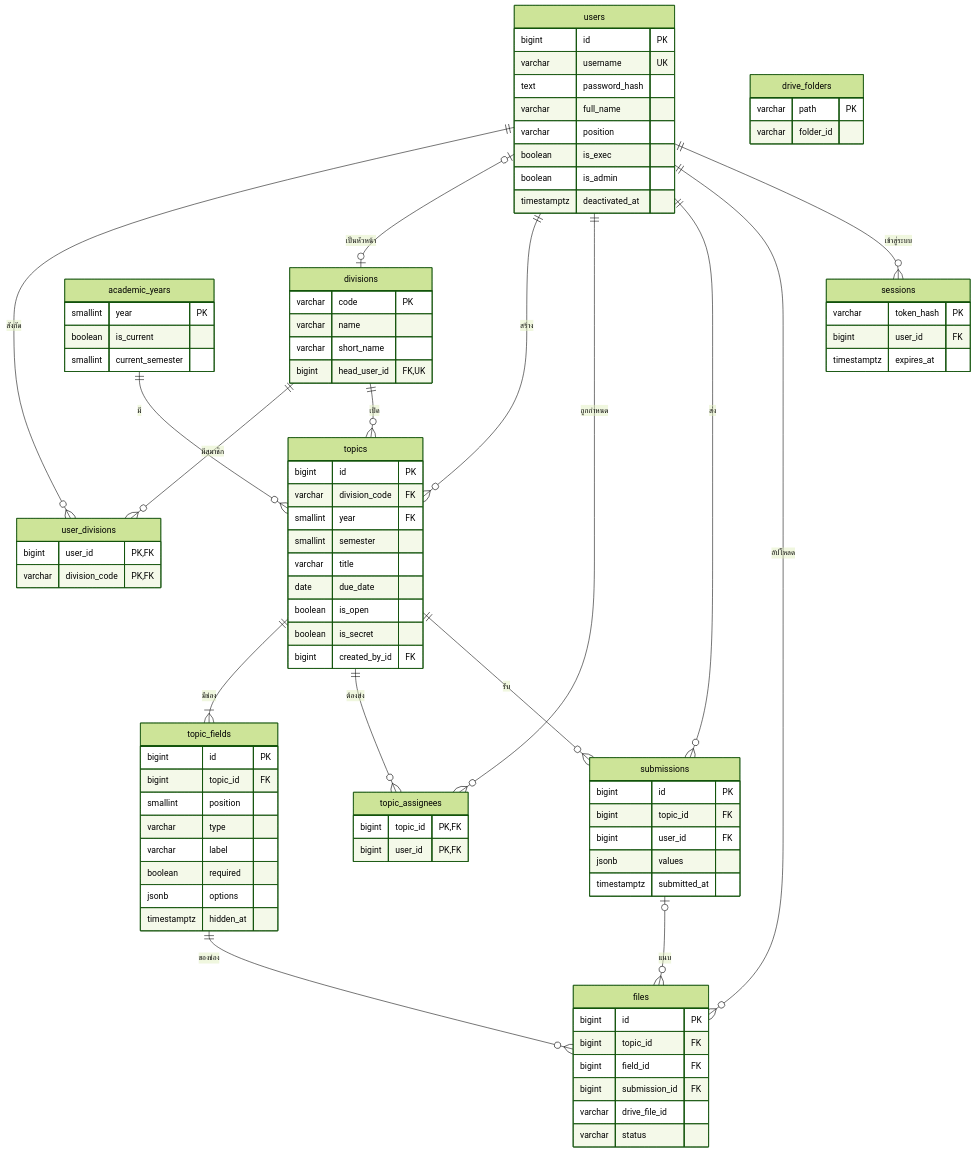
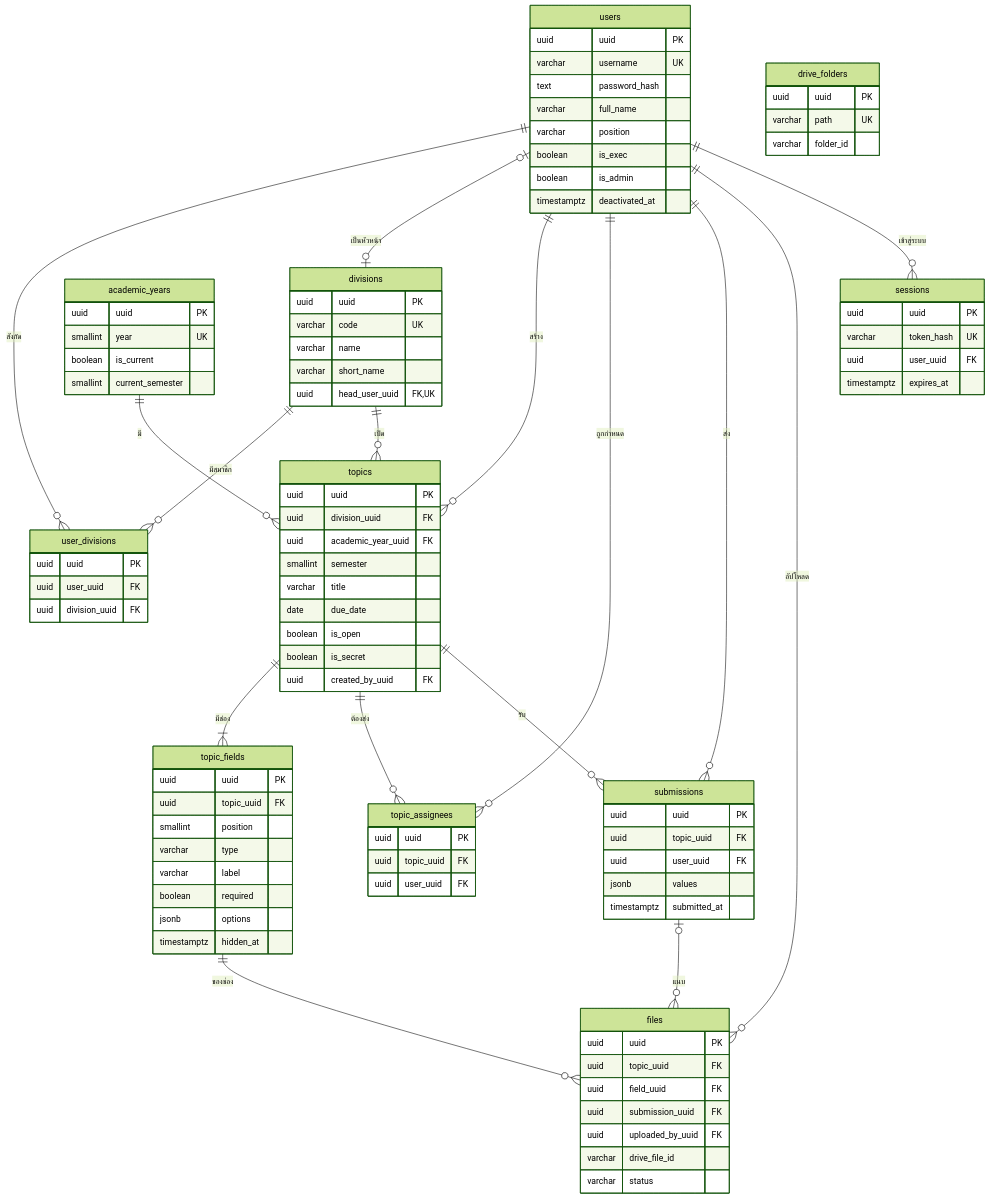
The diagram in sdms-database.md (FhLk/SDMS-Backend), drawn with Mermaid (forest theme) before and after one commit. The commit also changed other lines of this file and 11 other files, not shown here.

````diff
--- a/sdms-database.md
+++ b/sdms-database.md
@@ -44,7 +45,7 @@
   users ||--o{ files : "อัปโหลด"
   users ||--o{ sessions : "เข้าสู่ระบบ"
   users {
-    bigint id PK
+    uuid uuid PK
     varchar username UK
     text password_hash
     varchar full_name
@@ -54,39 +55,43 @@
     timestamptz deactivated_at
   }
   sessions {
-    varchar token_hash PK
-    bigint user_id FK
+    uuid uuid PK
+    varchar token_hash UK
+    uuid user_uuid FK
     timestamptz expires_at
   }
   divisions {
-    varchar code PK
+    uuid uuid PK
+    varchar code UK
     varchar name
     varchar short_name
-    bigint head_user_id FK,UK
+    uuid head_user_uuid FK,UK
   }
   user_divisions {
-    bigint user_id PK,FK
-    varchar division_code PK,FK
+    uuid uuid PK
+    uuid user_uuid FK
+    uuid division_uuid FK
   }
   academic_years {
-    smallint year PK
+    uuid uuid PK
+    smallint year UK
     boolean is_current
     smallint current_semester
   }
   topics {
-    bigint id PK
-    varchar division_code FK
-    smallint year FK
+    uuid uuid PK
+    uuid division_uuid FK
+    uuid academic_year_uuid FK
     smallint semester
     varchar title
     date due_date
     boolean is_open
     boolean is_secret
-    bigint created_by_id FK
+    uuid created_by_uuid FK
   }
   topic_fields {
-    bigint id PK
-    bigint topic_id FK
+    uuid uuid PK
+    uuid topic_uuid FK
     smallint position
     varchar type
     varchar label
@@ -95,26 +100,29 @@
     timestamptz hidden_at
   }
   topic_assignees {
-    bigint topic_id PK,FK
-    bigint user_id PK,FK
+    uuid uuid PK
+    uuid topic_uuid FK
+    uuid user_uuid FK
   }
   submissions {
-    bigint id PK
-    bigint topic_id FK
-    bigint user_id FK
+    uuid uuid PK
+    uuid topic_uuid FK
+    uuid user_uuid FK
     jsonb values
     timestamptz submitted_at
   }
   files {
-    bigint id PK
-    bigint topic_id FK
-    bigint field_id FK
-    bigint submission_id FK
+    uuid uuid PK
+    uuid topic_uuid FK
+    uuid field_uuid FK
+    uuid submission_uuid FK
+    uuid uploaded_by_uuid FK
     varchar drive_file_id
     varchar status
   }
   drive_folders {
-    varchar path PK
+    uuid uuid PK
+    varchar path UK
     varchar folder_id
   }
 ```
````
